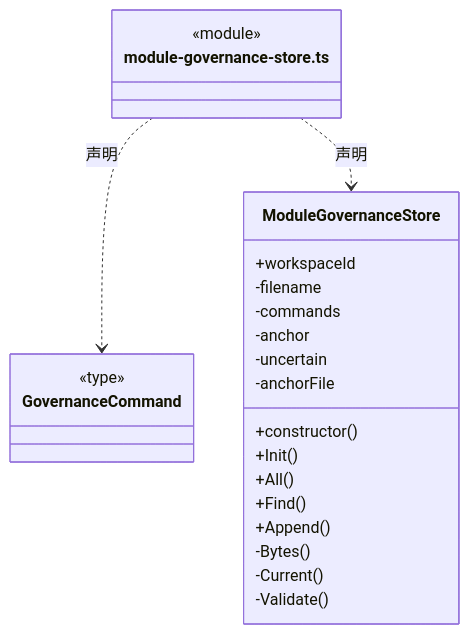
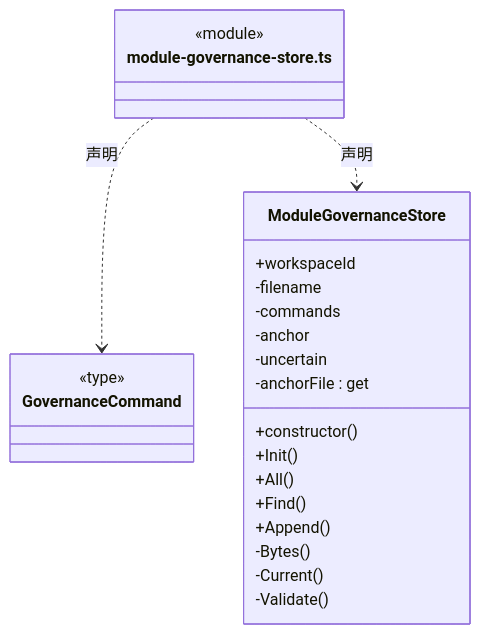
The second of 2 diagrams in src/logic/governance/service/storage/ARCHITECTURE.md (nan023062/cbim), drawn with Mermaid before and after one commit. The commit also changed other lines of this file and 137 other files, not shown here.

Commit message:
fix: align architecture generator with documentation standards

````diff
--- a/src/logic/governance/service/storage/ARCHITECTURE.md
+++ b/src/logic/governance/service/storage/ARCHITECTURE.md
@@ -64,28 +66,28 @@
 ```mermaid
 classDiagram
 class N_src_logic_governance_service_storage_module_governance_store_ts["module-governance-store.ts"] {
   <<module>>
 }
 class N_src_logic_governance_service_storage_module_governance_store_ts_GovernanceCommand["GovernanceCommand"] {
   <<type>>
 
 }
 N_src_logic_governance_service_storage_module_governance_store_ts ..> N_src_logic_governance_service_storage_module_governance_store_ts_GovernanceCommand : 声明
 class N_src_logic_governance_service_storage_module_governance_store_ts_ModuleGovernanceStore["ModuleGovernanceStore"] {
   +workspaceId
   +constructor()
   +Init()
   +All()
   +Find()
   +Append()
   -filename
   -commands
   -anchor
   -uncertain
-  -anchorFile
+  -anchorFile : get
   -Bytes()
   -Current()
   -Validate()
 }
 N_src_logic_governance_service_storage_module_governance_store_ts ..> N_src_logic_governance_service_storage_module_governance_store_ts_ModuleGovernanceStore : 声明
 ```
````
